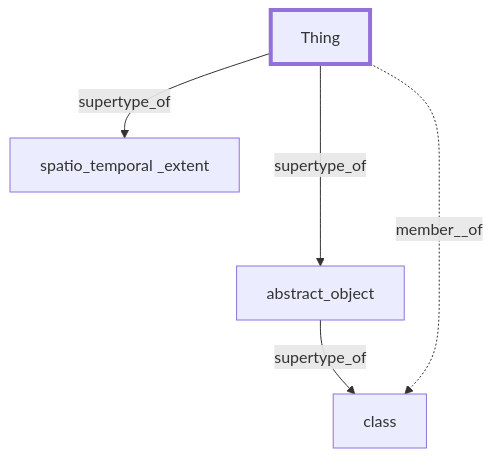
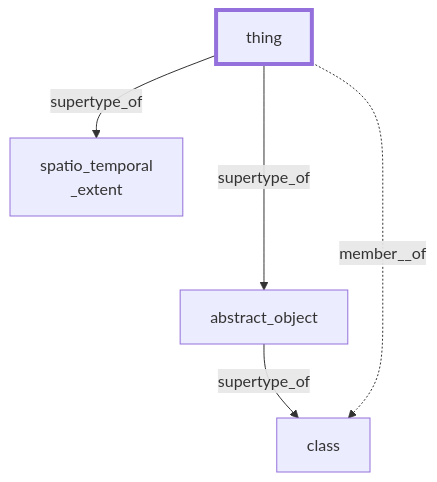
One commit to ClimbingAl/HqdmPatterns changed the second of 3 diagrams in docs/introducing_hqdm/top_level_type.md. Above: the diagram before and after it, drawn with Mermaid. The commit also changed other lines of this file and 1 other file, not shown here.

````diff
--- a/docs/introducing_hqdm/top_level_type.md
+++ b/docs/introducing_hqdm/top_level_type.md
@@ -6,11 +13,11 @@
 ``` mermaid
 graph TD
-  id1[Thing];
+  id1[thing];
   style id1 stroke-width:4px;
-  id2[spatio_temporal <br\> _extent] & id3[abstract_object];
+  id2[abstract_object] & id3[spatio_temporal <br> _extent];
   id1-->|supertype_of|id2;
   id1-->|supertype_of|id3;
   id4[class];
-  id3-->|supertype_of|id4;
+  id2-->|supertype_of|id4;
   id1-...->|member__of|id4;
 ```
````
